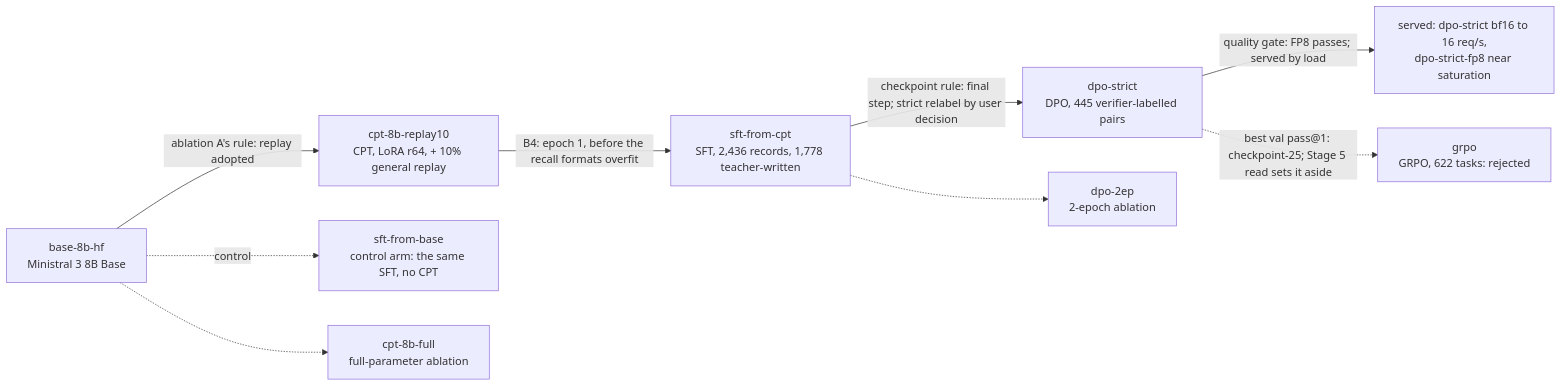
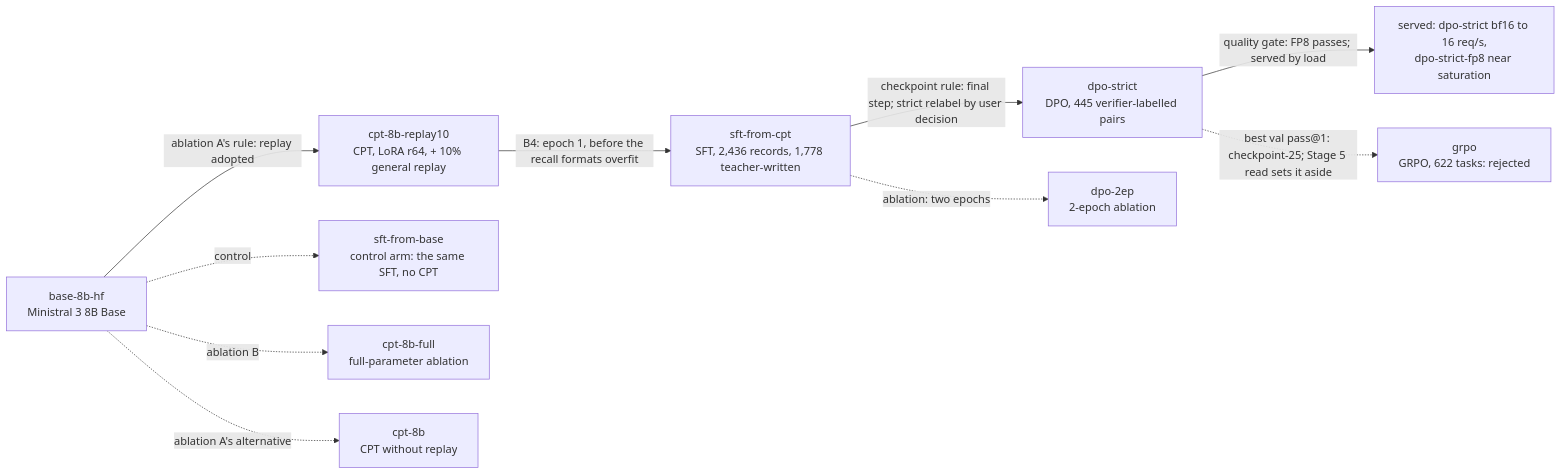
Before and after one commit to franalli/struct-lm: the diagram in README.md, drawn with Mermaid. The commit also changed other lines of this file and 4 other files, not shown here.

````diff
--- a/README.md
+++ b/README.md
@@ -90,20 +89,22 @@
 ```mermaid
 flowchart LR
   base["base-8b-hf<br/>Ministral 3 8B Base"]
   cpt["cpt-8b-replay10<br/>CPT, LoRA r64, + 10% general replay"]
   sft["sft-from-cpt<br/>SFT, 2,436 records, 1,778 teacher-written"]
   dpo["dpo-strict<br/>DPO, 445 verifier-labelled pairs"]
   served["served: dpo-strict bf16 to 16 req/s,<br/>dpo-strict-fp8 near saturation"]
   sftb["sft-from-base<br/>control arm: the same SFT, no CPT"]
   grpo["grpo<br/>GRPO, 622 tasks: rejected"]
   full["cpt-8b-full<br/>full-parameter ablation"]
   dpo2["dpo-2ep<br/>2-epoch ablation"]
   base -->|"ablation A's rule: replay adopted"| cpt
   cpt -->|"B4: epoch 1, before the recall formats overfit"| sft
   sft -->|"checkpoint rule: final step; strict relabel by user decision"| dpo
   dpo -->|"quality gate: FP8 passes; served by load"| served
   base -.->|"control"| sftb
-  base -.-> full
-  sft -.-> dpo2
+  cpt0["cpt-8b<br/>CPT without replay"]
+  base -.->|"ablation A's alternative"| cpt0
+  base -.->|"ablation B"| full
+  sft -.->|"ablation: two epochs"| dpo2
   dpo -.->|"best val pass@1: checkpoint-25; Stage 5 read sets it aside"| grpo
 ```
````
